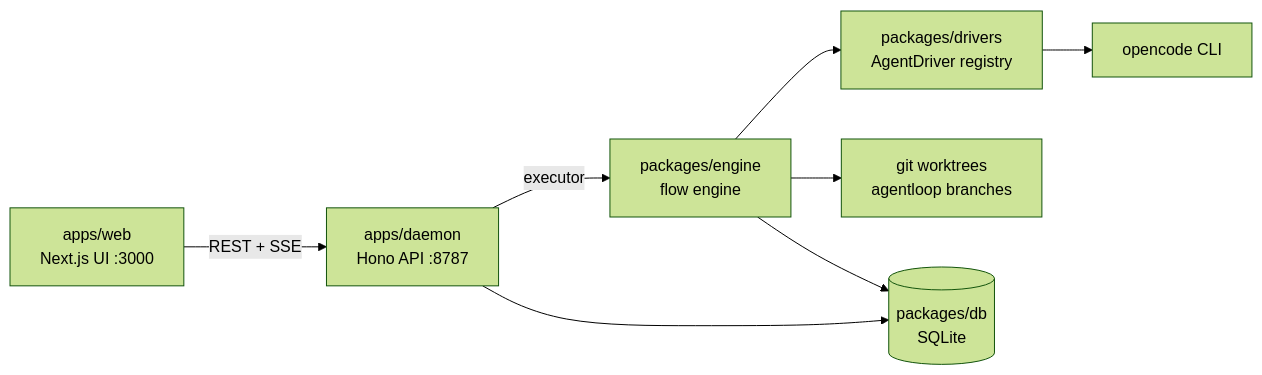
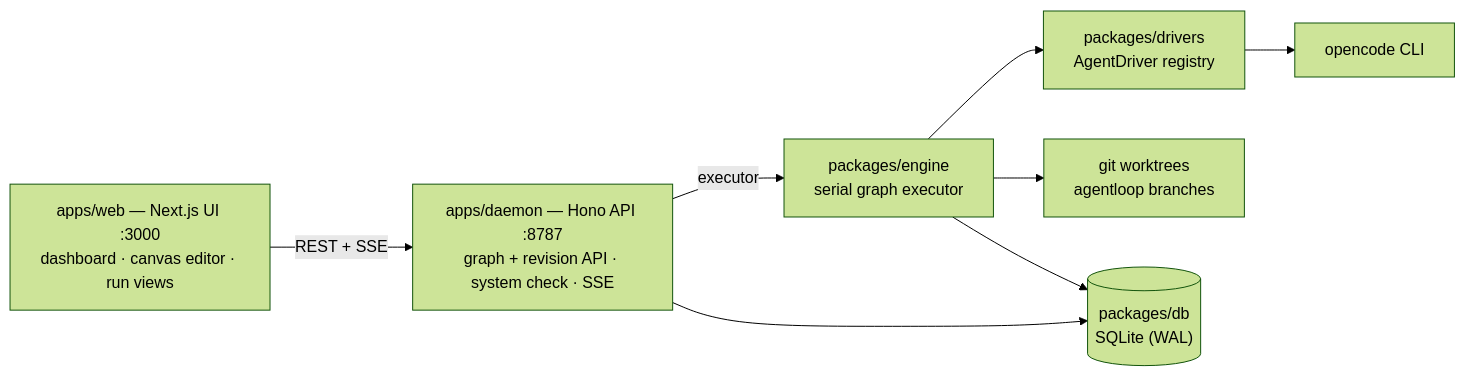
One commit to OpenEulerAgent/Openeuler changed the diagram in README.md. Above: the diagram before and after it, drawn with Mermaid (forest theme). The commit also changed other lines of this file and 1 other file, not shown here.

Commit message:
docs: graph era — model, canvas, presets, wizard (#54) (#65)

````diff
--- a/README.md
+++ b/README.md
@@ -12,18 +13,18 @@
 ```mermaid
 flowchart LR
-    UI["apps/web<br/>Next.js UI :3000"]
-    DAEMON["apps/daemon<br/>Hono API :8787"]
-    ENGINE["packages/engine<br/>flow engine"]
+    WEB["apps/web — Next.js UI :3000<br/>dashboard · canvas editor · run views"]
+    DAEMON["apps/daemon — Hono API :8787<br/>graph + revision API · system check · SSE"]
+    ENGINE["packages/engine<br/>serial graph executor"]
     DRIVERS["packages/drivers<br/>AgentDriver registry"]
-    DB[("packages/db<br/>SQLite")]
+    DB[("packages/db<br/>SQLite (WAL)")]
     WT["git worktrees<br/>agentloop branches"]
     OC["opencode CLI"]
 
-    UI -->|REST + SSE| DAEMON
+    WEB -->|REST + SSE| DAEMON
     DAEMON -->|executor| ENGINE
     ENGINE --> DRIVERS
     ENGINE --> WT
     DRIVERS --> OC
     ENGINE --> DB
     DAEMON --> DB
 ```
````
